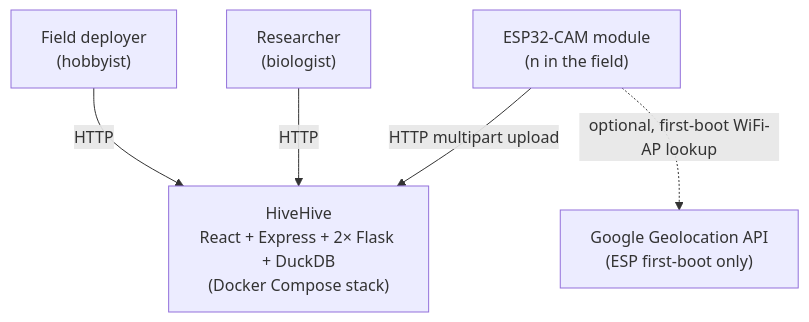
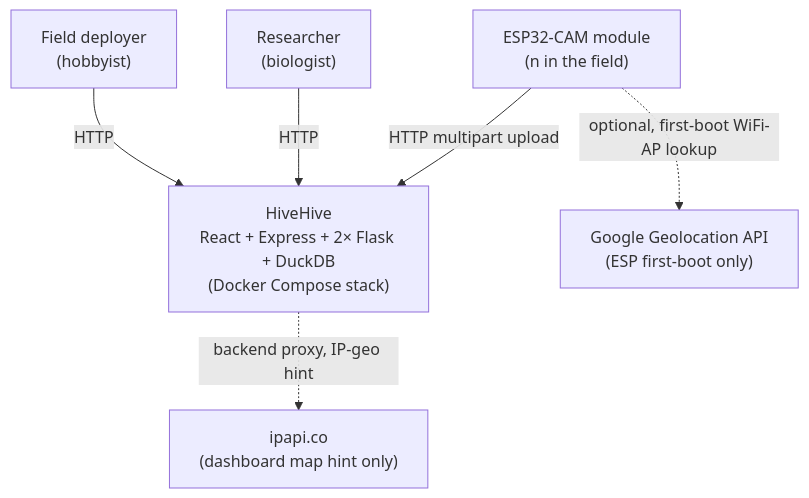
The diagram in docs/03-context-and-scope/README.md (schutera/highfive), drawn with Mermaid before and after one commit. The commit also changed other lines of this file and 19 other files, not shown here.

First line of the commit message:
feat(dashboard): close #14 — IP-geo first-paint centre + locate button

````diff
--- a/docs/03-context-and-scope/README.md
+++ b/docs/03-context-and-scope/README.md
@@ -8,13 +8,15 @@
 ```mermaid
 flowchart TD
     Deployer["Field deployer<br/>(hobbyist)"]
     Researcher["Researcher<br/>(biologist)"]
     HiveHive["HiveHive<br/>React + Express + 2× Flask + DuckDB<br/>(Docker Compose stack)"]
     ESP["ESP32-CAM module<br/>(n in the field)"]
     Geo["Google Geolocation API<br/>(ESP first-boot only)"]
+    IpGeo["ipapi.co<br/>(dashboard map hint only)"]
 
     Deployer -->|HTTP| HiveHive
     Researcher -->|HTTP| HiveHive
     ESP -->|HTTP multipart upload| HiveHive
     ESP -.->|optional, first-boot WiFi-AP lookup| Geo
+    HiveHive -.->|backend proxy, IP-geo hint| IpGeo
 ```
````
